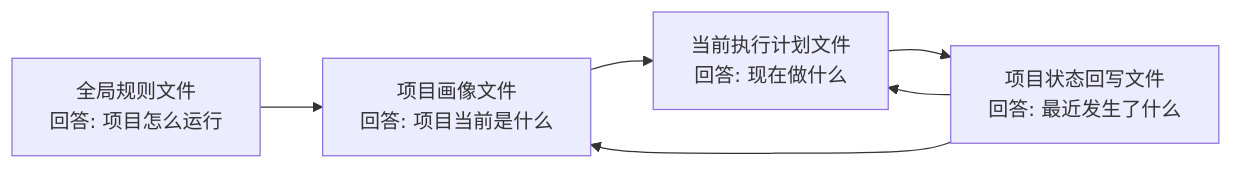
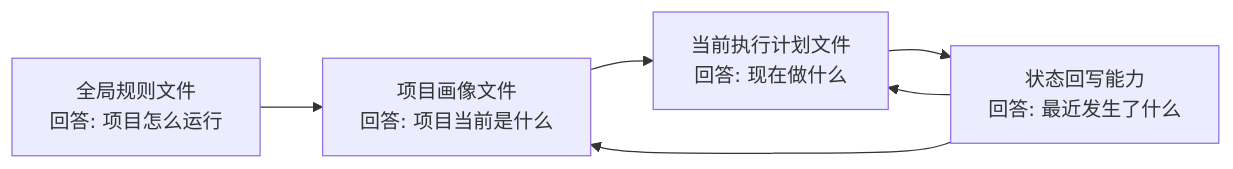
One commit to KeithChen51/SPACE-Coder changed the second of 3 diagrams in project-manager-suite/docs/design/global-files-architecture.md. Above: the diagram before and after it, drawn with Mermaid. The commit also changed other lines of this file and 14 other files, not shown here.

````diff
--- a/project-manager-suite/docs/design/global-files-architecture.md
+++ b/project-manager-suite/docs/design/global-files-architecture.md
@@ -194,8 +193,8 @@
 ```mermaid
 flowchart LR
     GR[全局规则文件\n回答: 项目怎么运行] --> PP[项目画像文件\n回答: 项目当前是什么]
     PP --> EP[当前执行计划文件\n回答: 现在做什么]
-    EP --> PS[项目状态回写文件\n回答: 最近发生了什么]
+    EP --> PS[状态回写能力\n回答: 最近发生了什么]
     PS --> PP
     PS --> EP
 ```
````
